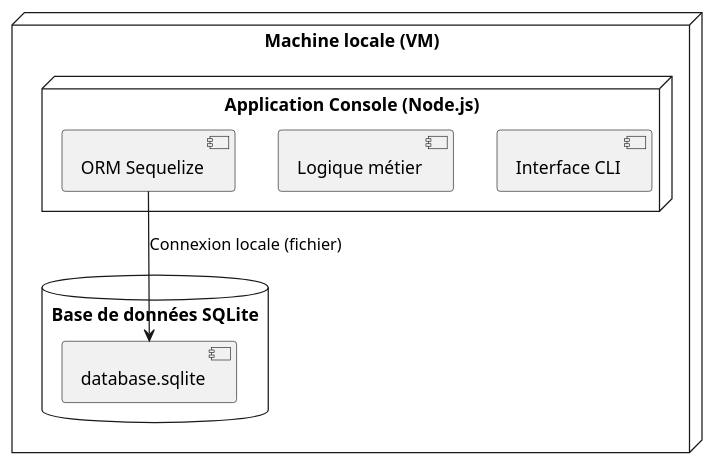
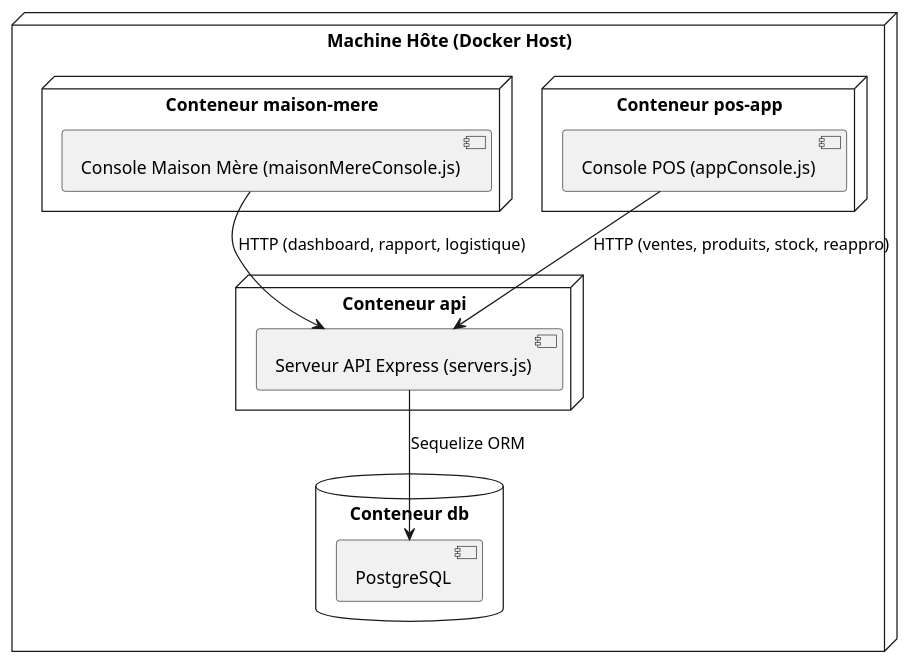
Before and after one commit to tahabeniffou/LOG430_Lab0_TB: the diagram in docs/VueDeploiement.puml, drawn with PlantUML.

```diff
--- a/docs/VueDeploiement.puml
+++ b/docs/VueDeploiement.puml
@@ -1,18 +1,25 @@
-@startuml VueDeploiement2Tier
+@startuml VueDeploiementLab2
 
-node "Machine locale (VM)" {
-  
-  node "Application Console (Node.js)" {
-    component "Interface CLI"
-    component "Logique métier"
-    component "ORM Sequelize"
+node "Machine Hôte (Docker Host)" {
+  node "Conteneur pos-app" {
+    component "Console POS (appConsole.js)"
   }
 
-  database "Base de données SQLite" {
-    [database.sqlite]
+  node "Conteneur maison-mere" {
+    component "Console Maison Mère (maisonMereConsole.js)"
   }
 
-  "ORM Sequelize" --> "database.sqlite" : Connexion locale (fichier)
+  node "Conteneur api" {
+    component "Serveur API Express (servers.js)"
+  }
+
+  database "Conteneur db" {
+    component "PostgreSQL"
+  }
+
+  "Console POS (appConsole.js)" --> "Serveur API Express (servers.js)" : HTTP (ventes, produits, stock, reappro)
+  "Console Maison Mère (maisonMereConsole.js)" --> "Serveur API Express (servers.js)" : HTTP (dashboard, rapport, logistique)
+  "Serveur API Express (servers.js)" --> "PostgreSQL" : Sequelize ORM
 }
 
 @enduml
```
